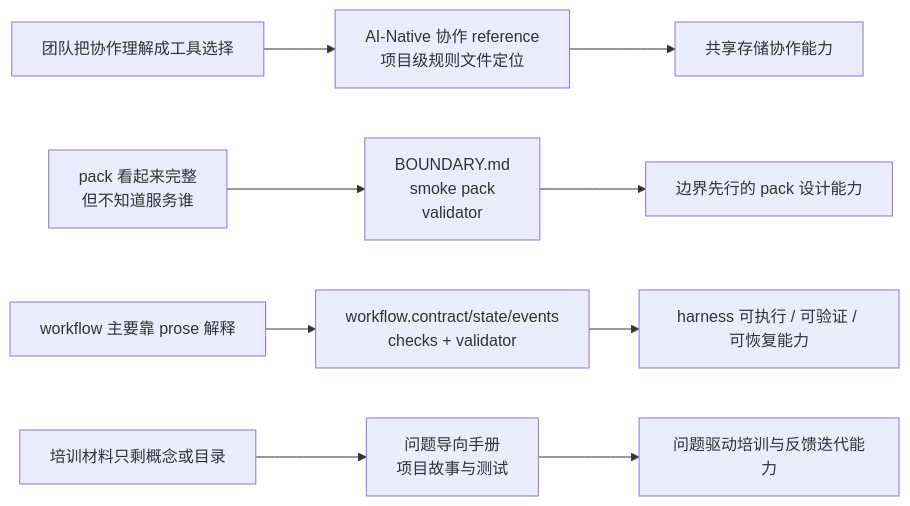
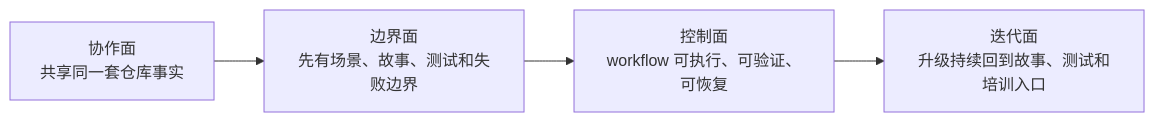
One commit to TeamZaobi/files-driven-governance changed the third of 3 diagrams in docs/使用手册.md. Above: the diagram before and after it, drawn with Mermaid. The commit also changed other lines of this file, not shown here.

````diff
--- a/docs/使用手册.md
+++ b/docs/使用手册.md
@@ -240,7 +248,6 @@
 ```mermaid
 flowchart LR
-    c1["团队把协作理解成工具选择"] --> c2["AI-Native 协作 reference<br/>项目级规则文件定位"] --> c3["共享存储协作能力"]
-    p1["pack 看起来完整<br/>但不知道服务谁"] --> p2["BOUNDARY.md<br/>smoke pack<br/>validator"] --> p3["边界先行的 pack 设计能力"]
-    w1["workflow 主要靠 prose 解释"] --> w2["workflow.contract/state/events<br/>checks + validator"] --> w3["harness 可执行 / 可验证 / 可恢复能力"]
-    t1["培训材料只剩概念或目录"] --> t2["问题导向手册<br/>项目故事与测试"] --> t3["问题驱动培训与反馈迭代能力"]
+    s1["协作面<br/>共享同一套仓库事实"] --> s2["边界面<br/>先有场景、故事、测试和失败边界"]
+    s2 --> s3["控制面<br/>workflow 可执行、可验证、可恢复"]
+    s3 --> s4["迭代面<br/>升级持续回到故事、测试和培训入口"]
 ```
````
